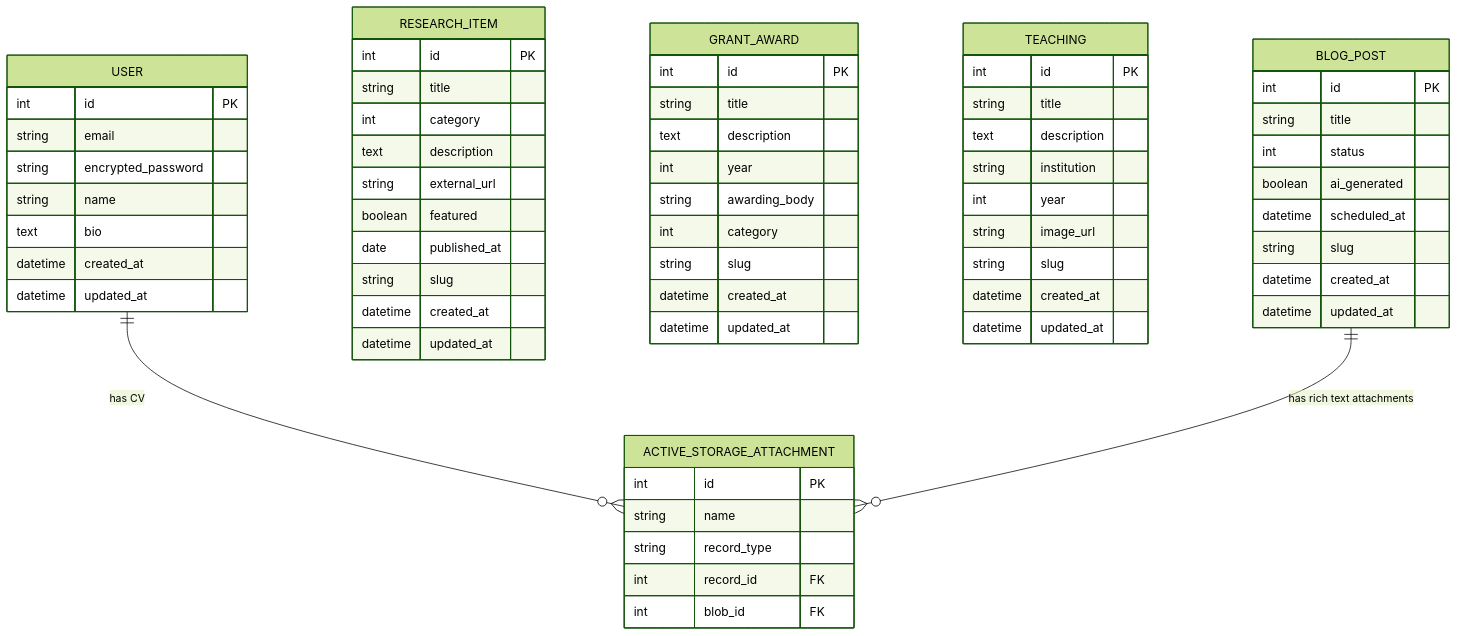
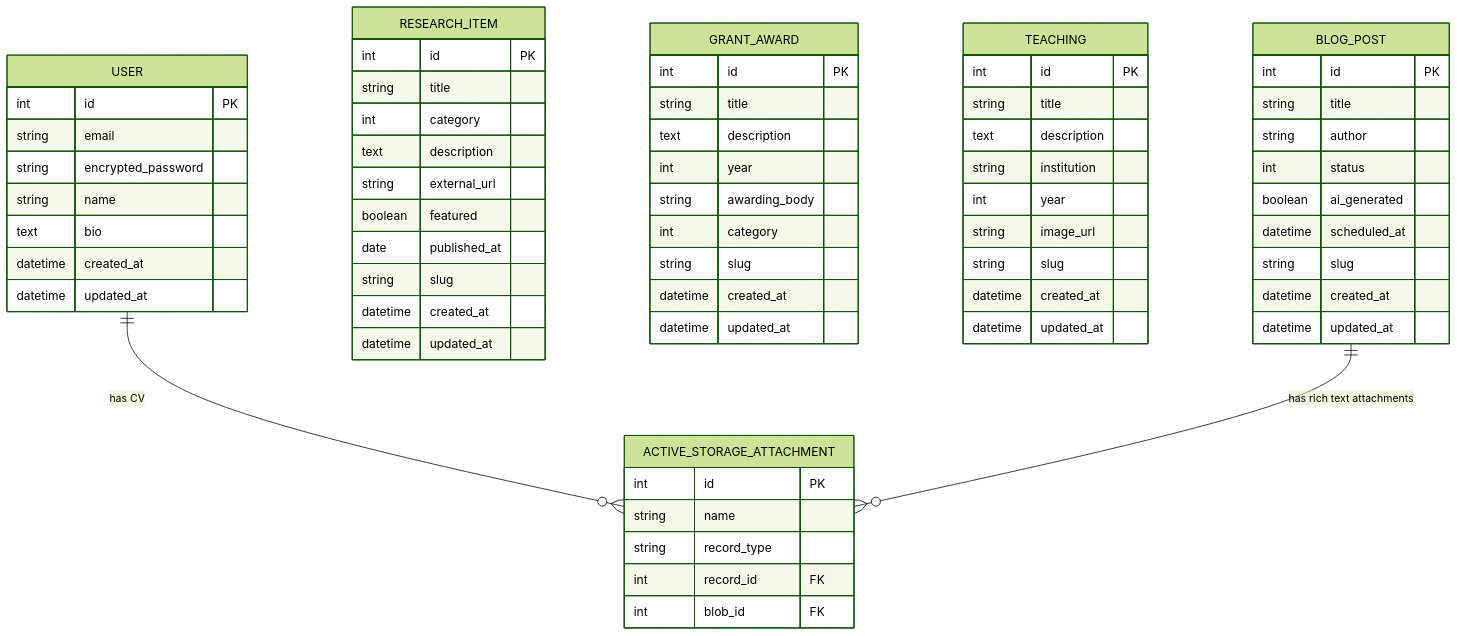
One commit to louiskb/isarak-portfolio changed the diagram in docs/ERD.md. Above: the diagram before and after it, drawn with Mermaid (forest theme).

Commit message:
edit: edit blog_post ERD.md to add author column.

````diff
--- a/docs/ERD.md
+++ b/docs/ERD.md
@@ -3,71 +3,72 @@
 ```mermaid
 erDiagram
     USER {
         int id PK
         string email
         string encrypted_password
         string name
         text bio
         datetime created_at
         datetime updated_at
     }
 
     RESEARCH_ITEM {
         int id PK
         string title
         int category
         text description
         string external_url
         boolean featured
         date published_at
         string slug
         datetime created_at
         datetime updated_at
     }
 
     GRANT_AWARD {
         int id PK
         string title
         text description
         int year
         string awarding_body
         int category
         string slug
         datetime created_at
         datetime updated_at
     }
 
     TEACHING {
         int id PK
         string title
         text description
         string institution
         int year
         string image_url
         string slug
         datetime created_at
         datetime updated_at
     }
 
     BLOG_POST {
         int id PK
         string title
+        string author
         int status
         boolean ai_generated
         datetime scheduled_at
         string slug
         datetime created_at
         datetime updated_at
     }
 
     ACTIVE_STORAGE_ATTACHMENT {
         int id PK
         string name
         string record_type
         int record_id FK
         int blob_id FK
     }
 
     USER ||--o{ ACTIVE_STORAGE_ATTACHMENT : "has CV"
     BLOG_POST ||--o{ ACTIVE_STORAGE_ATTACHMENT : "has rich text attachments"
 ```
````
